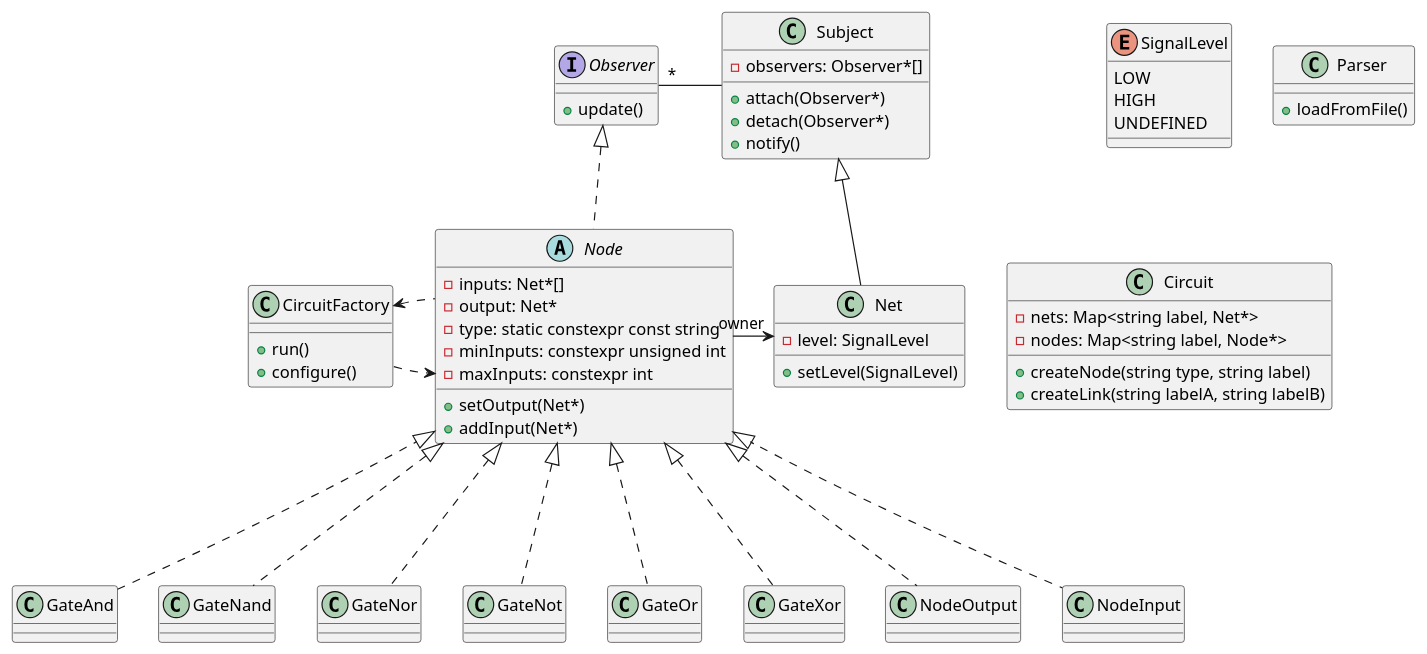
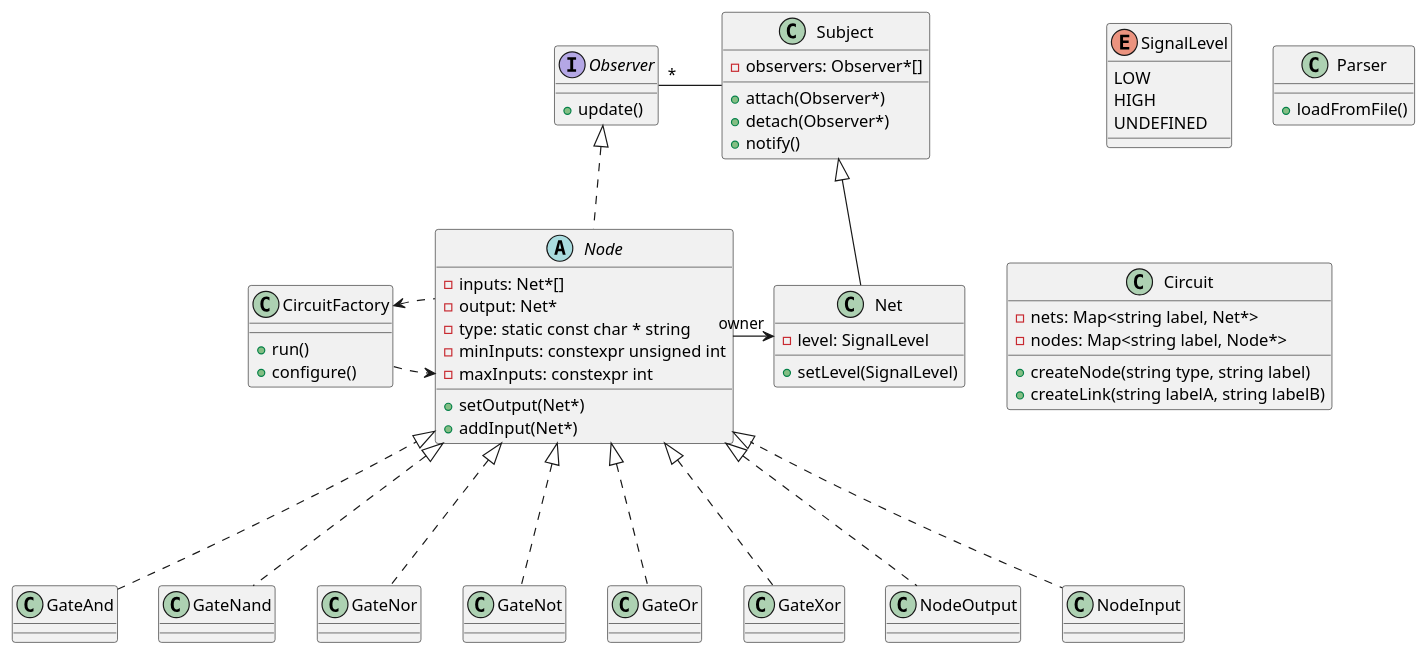
One commit to lonkaars/depa changed the diagram in docs/class-diag.puml. Above: the diagram before and after it, drawn with PlantUML. The commit also changed 13 other files, not shown here.

```diff
--- a/docs/class-diag.puml
+++ b/docs/class-diag.puml
@@ -1,78 +1,78 @@
 @startuml
 
 abstract class Node { /' (also ConcreteObserver) '/
 	+ setOutput(Net*)
 	+ addInput(Net*)
 	- inputs: Net*[]
 	- output: Net*
-	- type: static constexpr const string
+	- type: static const char * string
 	- minInputs: constexpr unsigned int
 	- maxInputs: constexpr int
 }
 class Net { /' (also ConcreteSubject) '/
 	- level: SignalLevel
 	+ setLevel(SignalLevel)
 	' only call notify when setLevel actually changes the level!!!!!!!
 }
 
 class Subject {
 	- observers: Observer*[]
 	+ attach(Observer*)
 	+ detach(Observer*)
 	+ notify()
 }
 interface Observer {
 	+ update()
 }
 
 class GateAnd
 class GateNand
 class GateNor
 class GateNot
 class GateOr
 class GateXor
 class NodeOutput
 class NodeInput
 
 enum SignalLevel {
   LOW
 	HIGH
 	UNDEFINED
 }
 
 Node <|-[dashed]-- GateAnd
 Node <|-[dashed]-- GateNand
 Node <|-[dashed]-- GateNor
 Node <|-[dashed]-- GateNot
 Node <|-[dashed]-- GateOr
 Node <|-[dashed]-- GateXor
 Node <|-[dashed]-- NodeOutput
 Node <|-[dashed]-- NodeInput
 
 Subject <|-- Net
 Observer <|-[dashed]- Node
 Node -> "owner" Net
 Observer "*" - Subject
 
 class Parser {
 	+ loadFromFile()
 }
 
 class CircuitFactory {
 	+ run()
 	+ configure()
 }
 
 class Circuit {
 	+ createNode(string type, string label)
 	+ createLink(string labelA, string labelB)
 
 	- nets: Map<string label, Net*>
 	- nodes: Map<string label, Node*>
 }
 
 CircuitFactory -[dashed]> Node
 CircuitFactory <-[dashed]- Node
 
 
 @enduml
```
